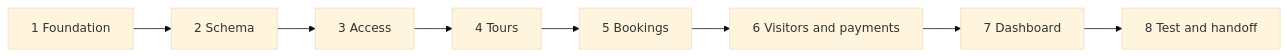
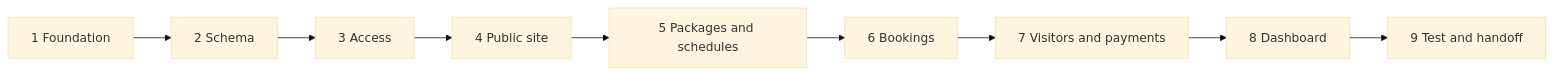
The diagram in docs/IMPLEMENTATION_ROADMAP.md (nugusamulatu67-ux/abba-jifar-palace), drawn with Mermaid (base theme) before and after one commit. The commit also changed other lines of this file and 26 other files, not shown here.

````diff
--- a/docs/IMPLEMENTATION_ROADMAP.md
+++ b/docs/IMPLEMENTATION_ROADMAP.md
@@ -24,13 +25,14 @@
 ```mermaid
 flowchart LR
   foundation[1 Foundation]
   schema[2 Schema]
   access[3 Access]
-  tours[4 Tours]
-  bookings[5 Bookings]
-  records[6 Visitors and payments]
-  dashboard[7 Dashboard]
-  handoff[8 Test and handoff]
+  publicSite[4 Public site]
+  packages[5 Packages and schedules]
+  bookings[6 Bookings]
+  records[7 Visitors and payments]
+  dashboard[8 Dashboard]
+  handoff[9 Test and handoff]
 
-  foundation --> schema --> access --> tours --> bookings --> records --> dashboard --> handoff
+  foundation --> schema --> access --> publicSite --> packages --> bookings --> records --> dashboard --> handoff
 ```
````
